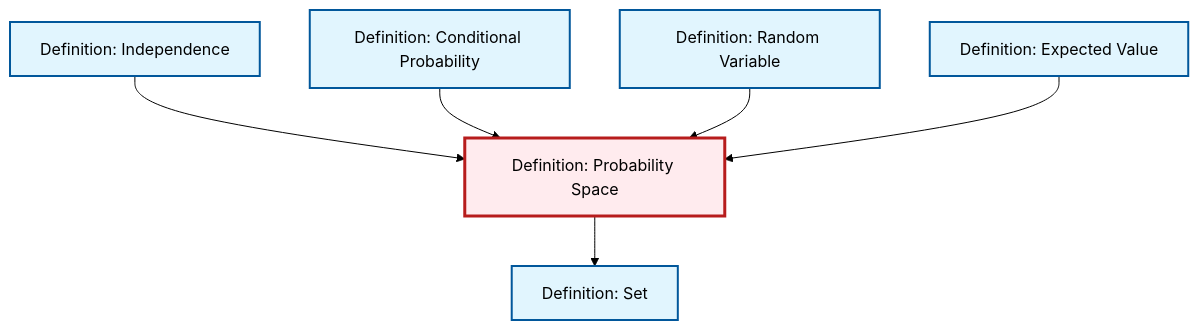
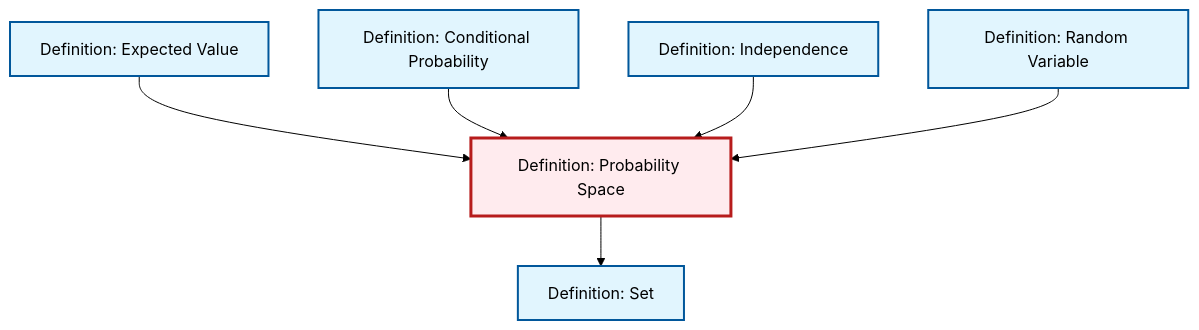
One commit to RK0429/ModernMath changed the diagram in output/mermaid/def-probability-space.mermaid. Above: the diagram before and after it, drawn with Mermaid (forest theme). The commit also changed other lines of this file and 1458 other files, not shown here.

```diff
--- a/output/mermaid/def-probability-space.mermaid
+++ b/output/mermaid/def-probability-space.mermaid
@@ -1,19 +1,19 @@
 %%| fig-cap: "Local dependency graph"
 graph TD
     classDef definition fill:#e1f5fe,stroke:#01579b,stroke-width:2px
     classDef theorem fill:#f3e5f5,stroke:#4a148c,stroke-width:2px
     classDef axiom fill:#fff3e0,stroke:#e65100,stroke-width:2px
     classDef example fill:#e8f5e9,stroke:#1b5e20,stroke-width:2px
     classDef current fill:#ffebee,stroke:#b71c1c,stroke-width:3px
+    def-probability-space["Definition: Probability Space"]:::definition
+    def-conditional-probability["Definition: Conditional Probability"]:::definition
+    def-set["Definition: Set"]:::definition
+    def-random-variable["Definition: Random Variable"]:::definition
     def-expectation["Definition: Expected Value"]:::definition
-    def-conditional-probability["Definition: Conditional Probability"]:::definition
     def-independence["Definition: Independence"]:::definition
-    def-random-variable["Definition: Random Variable"]:::definition
-    def-probability-space["Definition: Probability Space"]:::definition
-    def-set["Definition: Set"]:::definition
-    def-independence --> def-probability-space
-    def-conditional-probability --> def-probability-space
-    def-random-variable --> def-probability-space
     def-probability-space --> def-set
     def-expectation --> def-probability-space
+    def-conditional-probability --> def-probability-space
+    def-independence --> def-probability-space
+    def-random-variable --> def-probability-space
     class def-probability-space current
```
